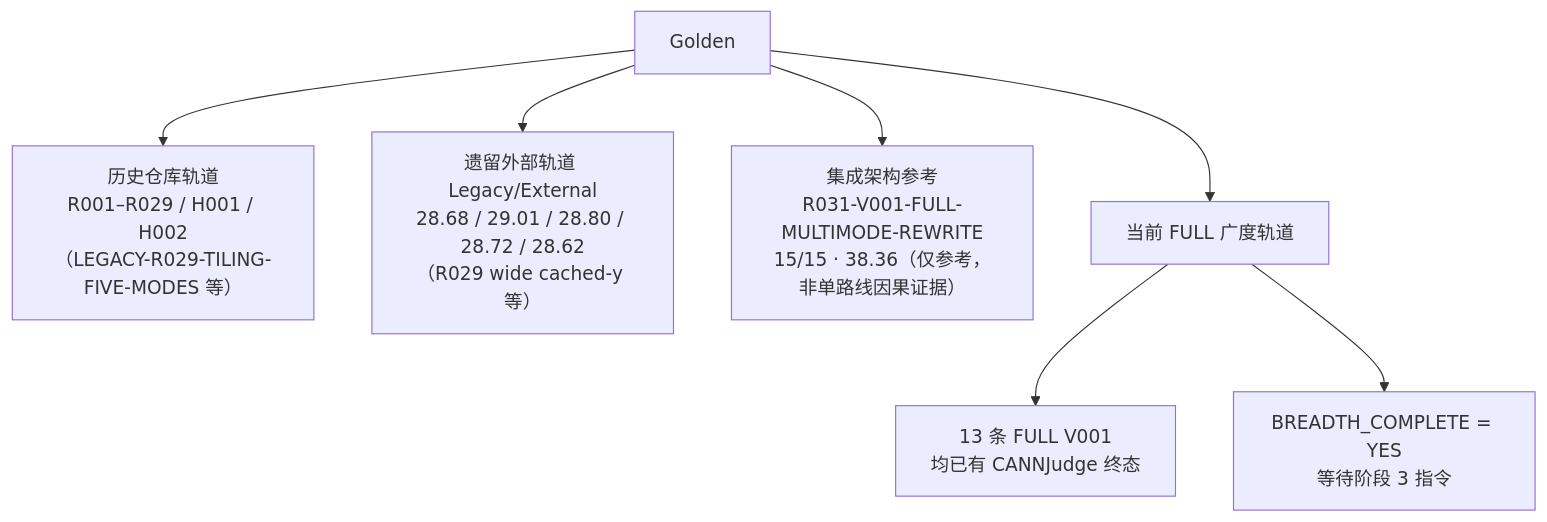
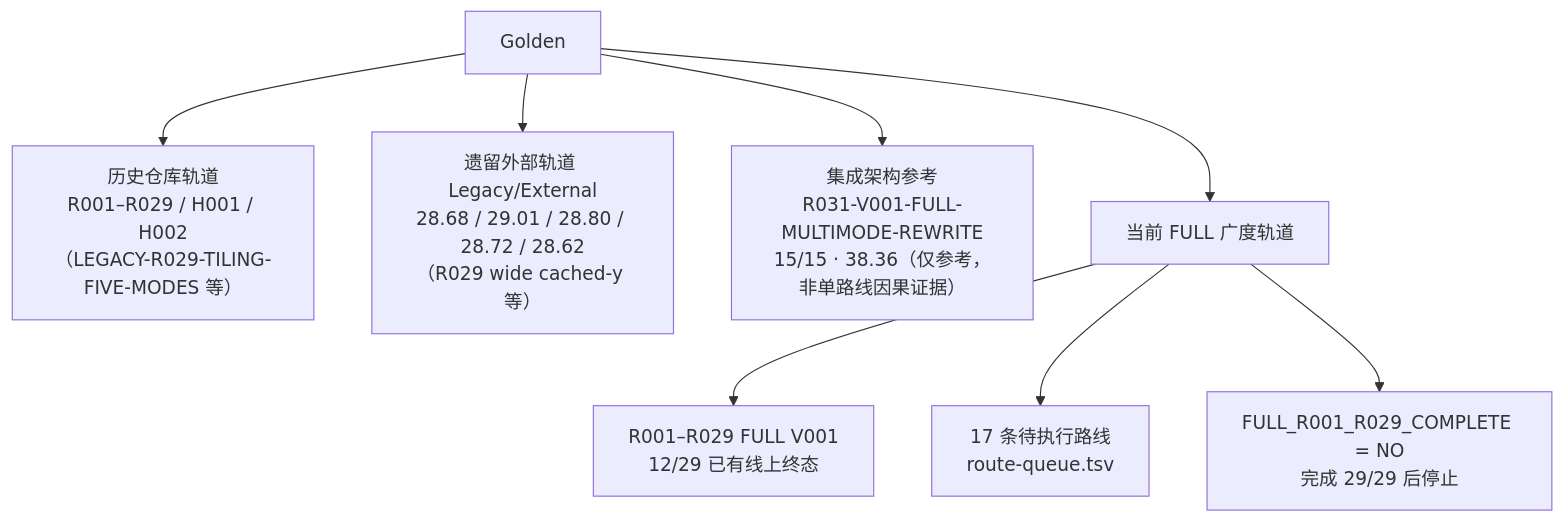
The diagram in 文档/当前状态.md (sxyq/CANN), drawn with Mermaid before and after one commit. The commit also changed other lines of this file and 5 other files, not shown here.

Commit message:
chore: expand full breadth coverage to r001-r029

````diff
--- a/文档/当前状态.md
+++ b/文档/当前状态.md
@@ -64,10 +64,11 @@
 ```mermaid
 flowchart TD
     G["Golden"]
     G --> H["历史仓库轨道<br/>R001–R029 / H001 / H002<br/>（LEGACY-R029-TILING-FIVE-MODES 等）"]
     G --> L["遗留外部轨道 Legacy/External<br/>28.68 / 29.01 / 28.80 / 28.72 / 28.62<br/>（R029 wide cached-y 等）"]
     G --> R["集成架构参考<br/>R031-V001-FULL-MULTIMODE-REWRITE<br/>15/15 · 38.36（仅参考，非单路线因果证据）"]
     G --> F["当前 FULL 广度轨道"]
-    F --> F6["13 条 FULL V001<br/>均已有 CANNJudge 终态"]
-    F --> FP["BREADTH_COMPLETE = YES<br/>等待阶段 3 指令"]
+    F --> F6["R001–R029 FULL V001<br/>12/29 已有线上终态"]
+    F --> F7["17 条待执行路线<br/>route-queue.tsv"]
+    F --> FP["FULL_R001_R029_COMPLETE = NO<br/>完成 29/29 后停止"]
 ```
````
